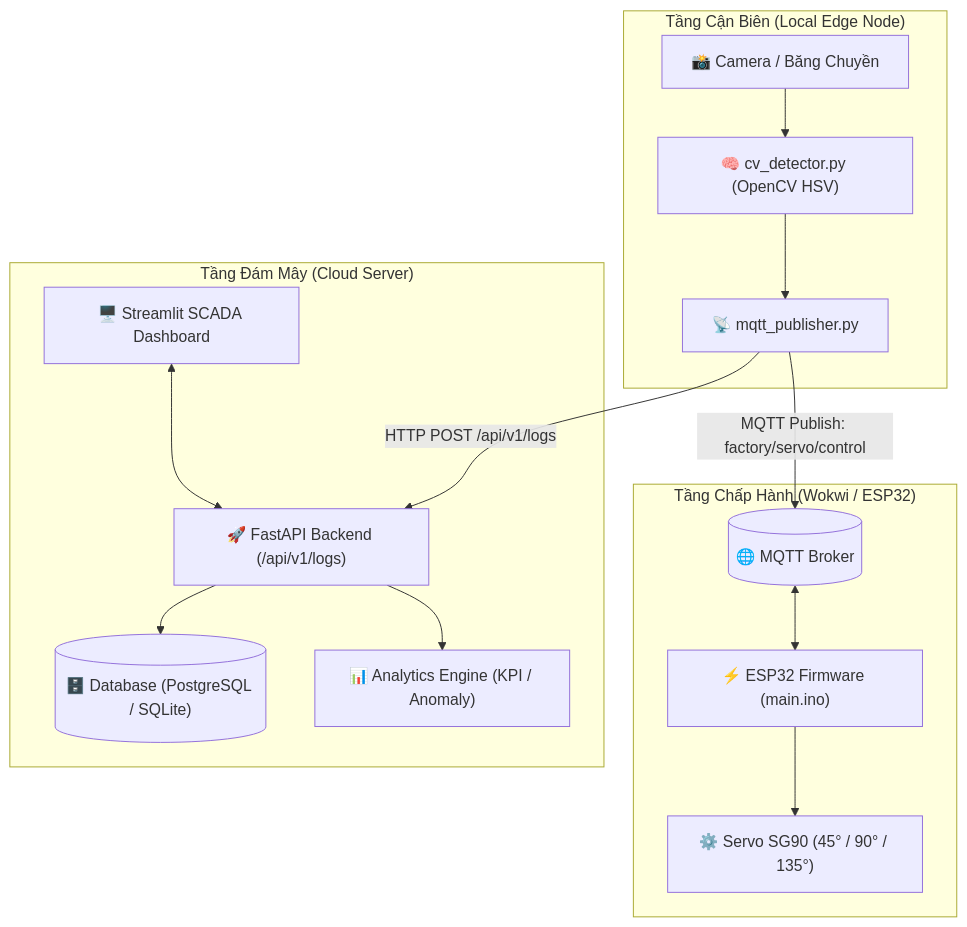
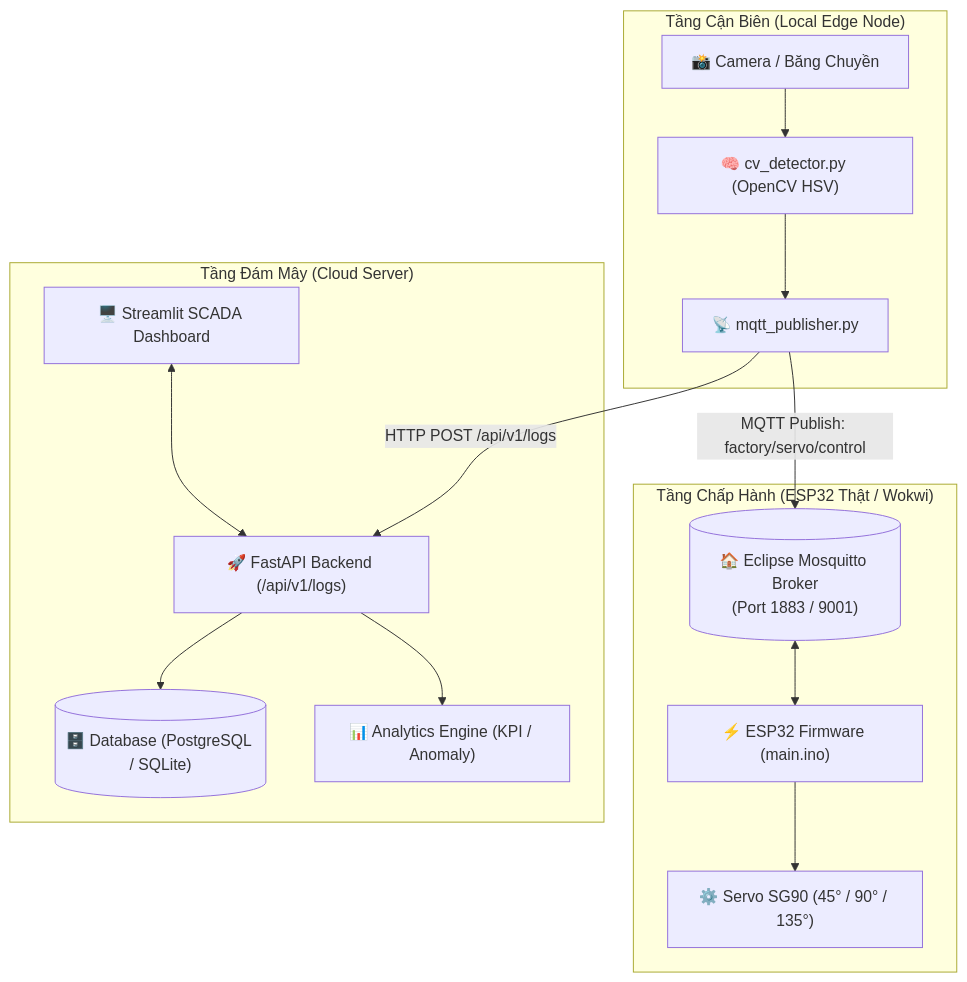
One commit to KhanhTLN/IOT-System changed the diagram in README.md. Above: the diagram before and after it, drawn with Mermaid. The commit also changed other lines of this file and 8 other files, not shown here.

Commit message:
refactor: convert mqtt from hive(public) to mosquitto mqtt (private in cloud)

````diff
--- a/README.md
+++ b/README.md
@@ -30,26 +30,26 @@
 ```mermaid
 flowchart TD
     subgraph Local_Edge ["Tầng Cận Biên (Local Edge Node)"]
         Cam["📸 Camera / Băng Chuyền"] --> CV["🧠 cv_detector.py (OpenCV HSV)"]
         CV --> MQTT_Pub["📡 mqtt_publisher.py"]
     end
 
-    subgraph Hardware_Simulation ["Tầng Chấp Hành (Wokwi / ESP32)"]
-        Broker[("🌐 MQTT Broker")] <--> ESP["⚡ ESP32 Firmware (main.ino)"]
+    subgraph Hardware_Actuator ["Tầng Chấp Hành (ESP32 Thật / Wokwi)"]
+        Broker[("🏠 Eclipse Mosquitto Broker\n(Port 1883 / 9001)")] <--> ESP["⚡ ESP32 Firmware (main.ino)"]
         ESP --> Servo["⚙️ Servo SG90 (45° / 90° / 135°)"]
     end
 
     subgraph Cloud_Layer ["Tầng Đám Mây (Cloud Server)"]
         API["🚀 FastAPI Backend (/api/v1/logs)"]
         DB[("🗄️ Database (PostgreSQL / SQLite)")]
         Analytics["📊 Analytics Engine (KPI / Anomaly)"]
         Dashboard["🖥️ Streamlit SCADA Dashboard"]
         
         API --> DB
         API --> Analytics
         Dashboard <--> API
     end
 
     MQTT_Pub -->|MQTT Publish: factory/servo/control| Broker
     MQTT_Pub -->|HTTP POST /api/v1/logs| API
 ```
````
